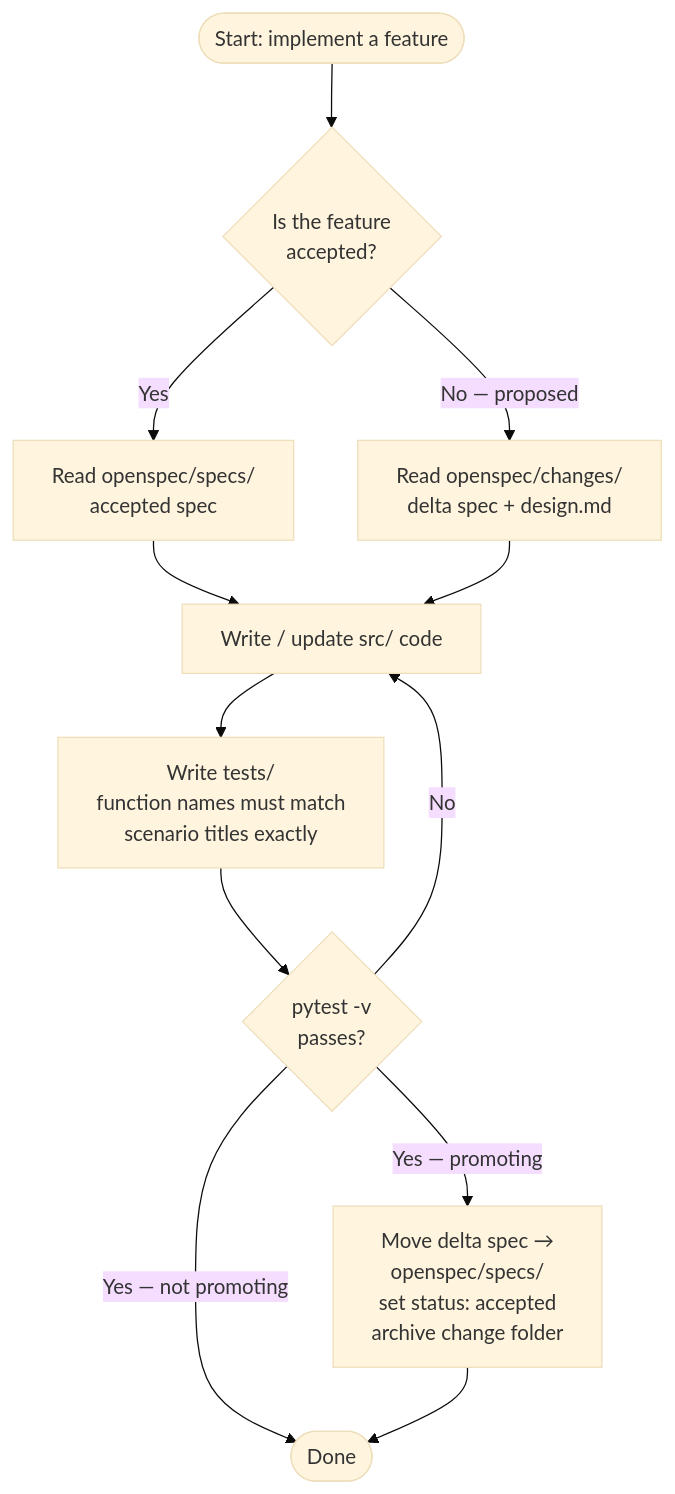
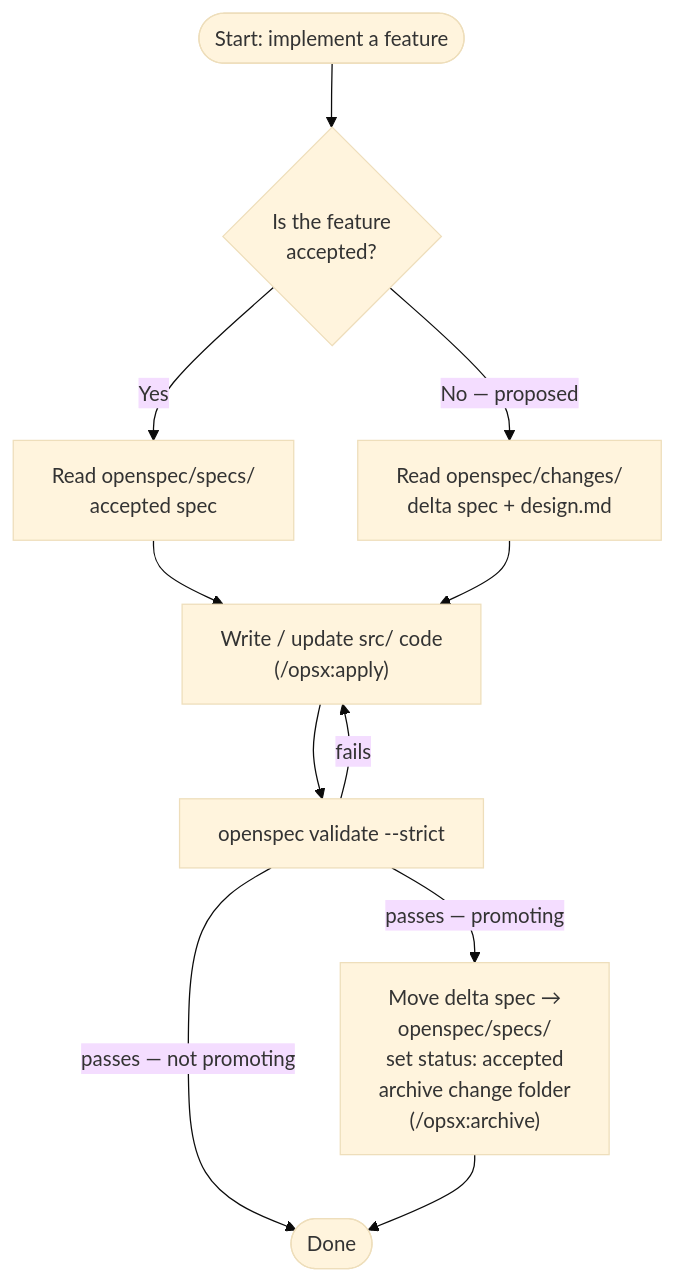
Before and after one commit to clawaimax/openspec-atm: the fourth of 6 diagrams in README.md, drawn with Mermaid (base theme). The commit also changed other lines of this file and 13 other files, not shown here.

````diff
--- a/README.md
+++ b/README.md
@@ -374,14 +492,13 @@
 ```mermaid
 flowchart TD
     Start([Start: implement a feature]) --> Q1{Is the feature\naccepted?}
     Q1 -->|Yes| RS["Read openspec/specs/\naccepted spec"]
     Q1 -->|No — proposed| RC["Read openspec/changes/\ndelta spec + design.md"]
-    RS --> Impl["Write / update src/ code"]
+    RS --> Impl["Write / update src/ code\n(/opsx:apply)"]
     RC --> Impl
-    Impl --> Tests["Write tests/\nfunction names must match\nscenario titles exactly"]
-    Tests --> Run{pytest -v\npasses?}
-    Run -->|No| Impl
-    Run -->|"Yes — promoting"| Prom["Move delta spec →\nopenspec/specs/\nset status: accepted\narchive change folder"]
-    Run -->|"Yes — not promoting"| Done([Done])
+    Impl --> V["openspec validate --strict"]
+    V -->|fails| Impl
+    V -->|"passes — promoting"| Prom["Move delta spec →\nopenspec/specs/\nset status: accepted\narchive change folder\n(/opsx:archive)"]
+    V -->|"passes — not promoting"| Done([Done])
     Prom --> Done
 ```
````
